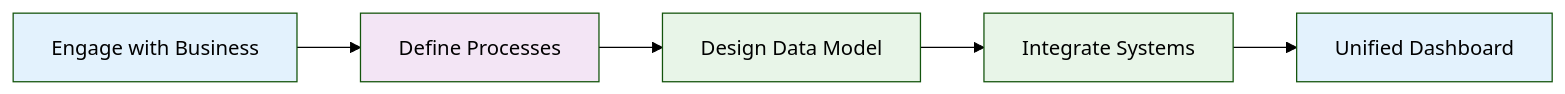
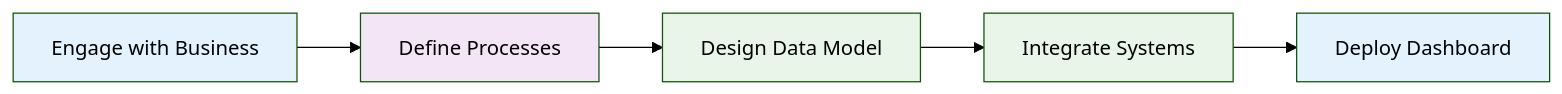
The diagram in pages/pillar-one.md (aCoodleDoo/py-intro), drawn with Mermaid (forest theme) before and after one commit. The commit also changed other lines of this file and 9 other files, not shown here.

````diff
--- a/pages/pillar-one.md
+++ b/pages/pillar-one.md
@@ -5,13 +18,13 @@
 ```mermaid
 flowchart LR
     A[Engage with Business] --> B[Define Processes]
     B --> C[Design Data Model]
     C --> D[Integrate Systems]
-    D --> E[Unified Dashboard]
+    D --> E[Deploy Dashboard]
 
     style A fill:#e3f2fd
     style B fill:#f3e5f5
     style C fill:#e8f5e8
     style D fill:#e8f5e8
     style E fill:#e3f2fd
 ```
````
